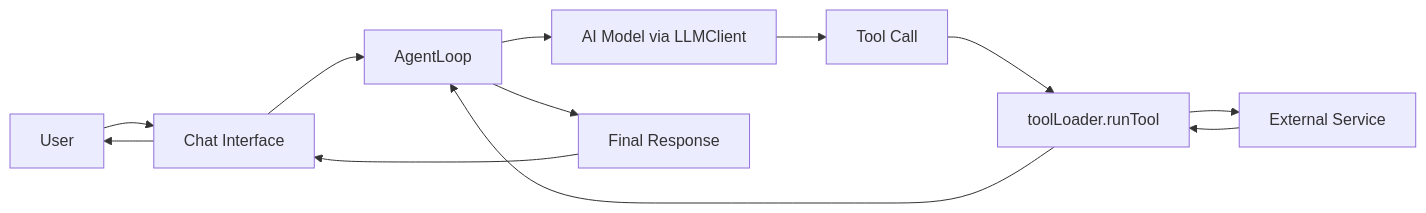
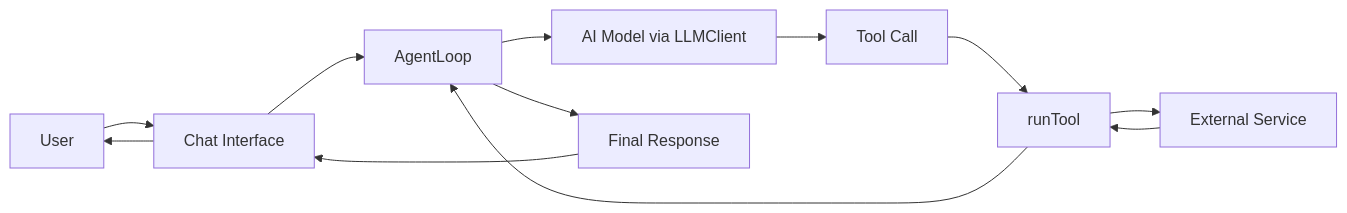
Before and after one commit to intrafind/ihub-apps: the diagram in docs/tool-calling.md, drawn with Mermaid. The commit also changed other lines of this file and 81 other files, not shown here.

First line of the commit message:
refactor(tools): split toolLoader.js into services/tools/{catalog,webSearchResolver,appTools,runTool}.js (#3237)

````diff
--- a/docs/tool-calling.md
+++ b/docs/tool-calling.md
@@ -82,14 +82,14 @@
 ```mermaid
 graph LR
     User[User] --> Chat[Chat Interface]
     Chat --> Loop[AgentLoop]
     Loop --> Model[AI Model via LLMClient]
     Model --> ToolRequest[Tool Call]
-    ToolRequest --> Runner[toolLoader.runTool]
+    ToolRequest --> Runner[runTool]
     Runner --> ExternalService[External Service]
     ExternalService --> Runner
     Runner --> Loop
     Loop --> Response[Final Response]
     Response --> Chat
     Chat --> User
 ```
````
